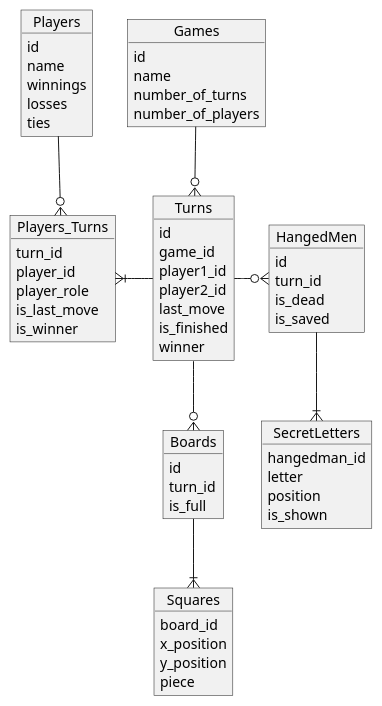
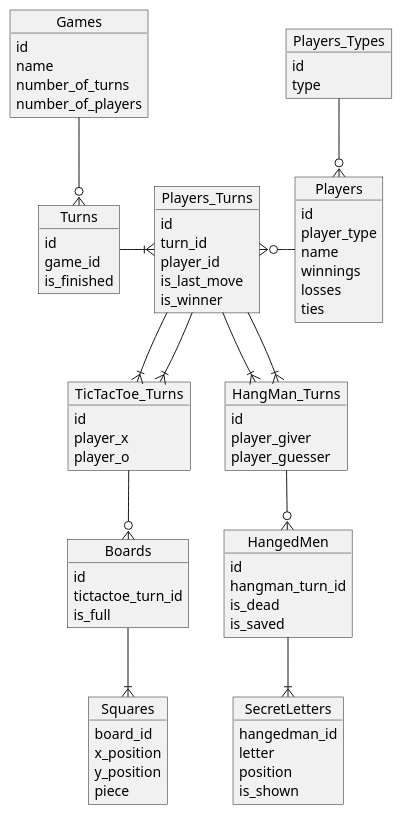
Before and after one commit to jesus-a-barrera/second-project: the diagram in Diagrams/Conceptual.wsd, drawn with PlantUML. The commit also changed 2 other files, not shown here.

Commit message:
Created games specific entities diagrams

```diff
--- a/Diagrams/Conceptual.wsd
+++ b/Diagrams/Conceptual.wsd
@@ -1,67 +1,88 @@
-@startuml Conceptual Diagram
+@startuml Logic Diagram
     Object Players {
         id
+        player_type
         name
         winnings
         losses
-        ties 
+        ties
+    }
+    Object Players_Types {
+        id
+        type
     }
     Object Games {
         id
         name
         number_of_turns
         number_of_players
     }
     Object Players_Turns {
+        id
         turn_id
         player_id
-        player_role
         is_last_move
         is_winner
     }
     Object Turns {
         id
         game_id
-        player1_id
-        player2_id
-        last_move
         is_finished
-        winner
+    }
+    Object TicTacToe_Turns {
+        id
+        player_x
+        player_o
+    }
+    Object HangMan_Turns {
+        id
+        player_giver
+        player_guesser
     }
     Object Boards {
         id
-        turn_id
+        tictactoe_turn_id
         is_full
     }
     Object Squares {
         board_id
         x_position
         y_position
-        piece 
+        piece
     }
     Object HangedMen {
         id
-        turn_id
+        hangman_turn_id
         is_dead
         is_saved
     }
     Object SecretLetters {
         hangedman_id
         letter
         position
         is_shown
     }
 
-    Players --o{ Players_Turns
+    Players_Types --o{ Players
+
+    Players -left-o{ Players_Turns
+
+    Games --o{ Turns
     
-    Games --o{ Turns
+    Turns -right-|{ Players_Turns
 
-    Turns --o{ Boards
-    Turns -right-o{ HangedMen
-    Turns -left-|{ Players_Turns
+    Players_Turns --|{ TicTacToe_Turns
+    Players_Turns --|{ TicTacToe_Turns
+
+    Players_Turns --|{ HangMan_Turns
+    Players_Turns --|{ HangMan_Turns
+
+    TicTacToe_Turns --o{ Boards
 
     Boards --|{ Squares
+
+    HangMan_Turns --o{ HangedMen
 
     HangedMen --|{ SecretLetters
 
 @enduml
```
